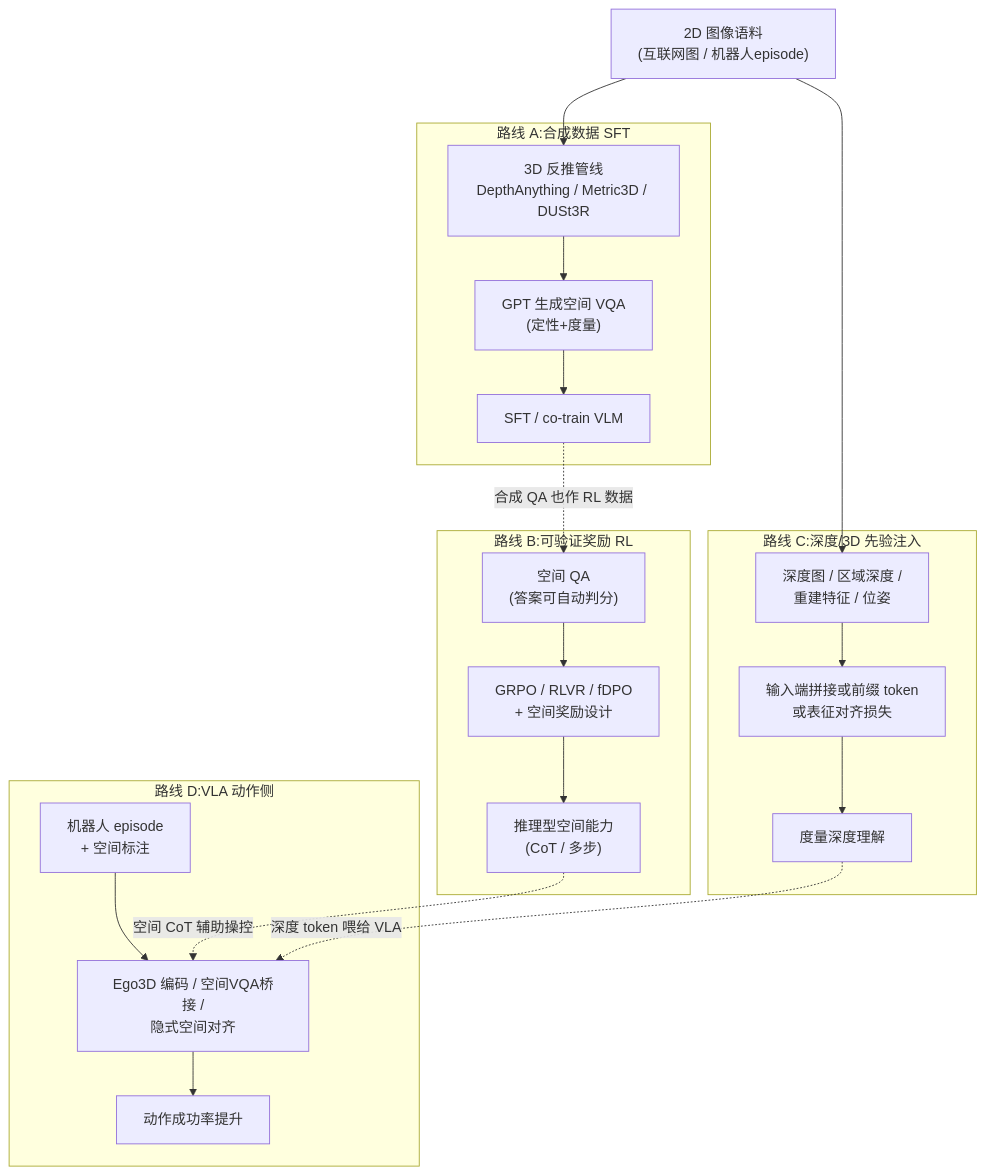
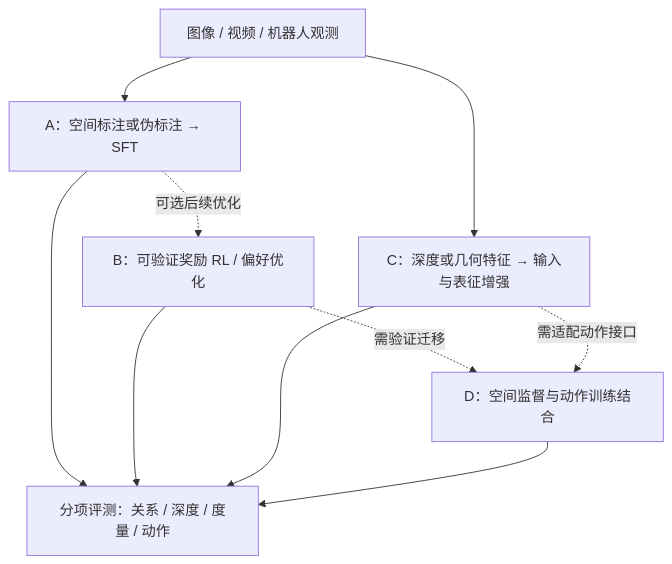
Before and after one commit to Xxc33128/embodied-ai: the diagram in weeks/2026_0914-0920_GPT6Astra评测复现/2026-09-17-图像空间与深度理解后训练生态调研.md, drawn with Mermaid. The commit also changed other lines of this file and 1 other file, not shown here.

````diff
--- a/weeks/2026_0914-0920_GPT6Astra评测复现/2026-09-17-图像空间与深度理解后训练生态调研.md
+++ b/weeks/2026_0914-0920_GPT6Astra评测复现/2026-09-17-图像空间与深度理解后训练生态调研.md
@@ -52,26 +62,18 @@
 ```mermaid
 flowchart TB
-    IMG["2D 图像语料<br/>(互联网图 / 机器人episode)"]
-
-    subgraph A["路线 A:合成数据 SFT"]
-        A1["3D 反推管线<br/>DepthAnything / Metric3D / DUSt3R"] --> A2["GPT 生成空间 VQA<br/>(定性+度量)"] --> A3["SFT / co-train VLM"]
-    end
-
-    subgraph B["路线 B:可验证奖励 RL"]
-        B1["空间 QA<br/>(答案可自动判分)"] --> B2["GRPO / RLVR / fDPO<br/>+ 空间奖励设计"] --> B3["推理型空间能力<br/>(CoT / 多步)"]
-    end
-
-    subgraph C["路线 C:深度/3D 先验注入"]
-        C1["深度图 / 区域深度 /<br/>重建特征 / 位姿"] --> C2["输入端拼接或前缀 token<br/>或表征对齐损失"] --> C3["度量深度理解"]
-    end
-
-    subgraph D["路线 D:VLA 动作侧"]
-        D1["机器人 episode<br/>+ 空间标注"] --> D2["Ego3D 编码 / 空间VQA桥接 /<br/>隐式空间对齐"] --> D3["动作成功率提升"]
-    end
-
-    IMG --> A1
-    IMG --> C1
-    A3 -.->|合成 QA 也作 RL 数据| B1
-    B3 -.->|空间 CoT 辅助操控| D2
-    C3 -.->|深度 token 喂给 VLA| D2
+    DATA["图像 / 视频 / 机器人观测"]
+    A["A：空间标注或伪标注 → SFT"]
+    B["B：可验证奖励 RL / 偏好优化"]
+    C["C：深度或几何特征 → 输入与表征增强"]
+    D["D：空间监督与动作训练结合"]
+    E["分项评测：关系 / 深度 / 度量 / 动作"]
+    DATA --> A
+    DATA --> C
+    A -.->|可选后续优化| B
+    A --> E
+    B --> E
+    C --> E
+    B -.->|需验证迁移| D
+    C -.->|需适配动作接口| D
+    D --> E
 ```
````
